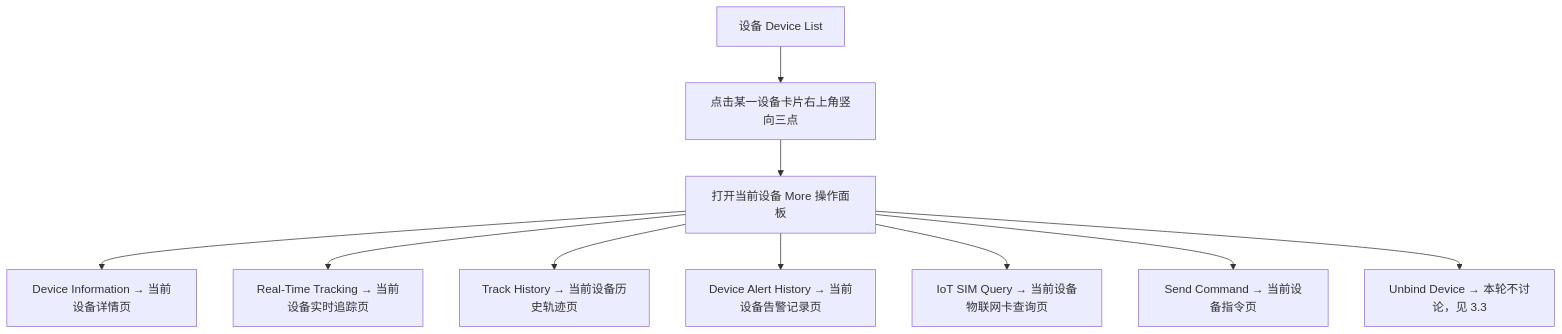
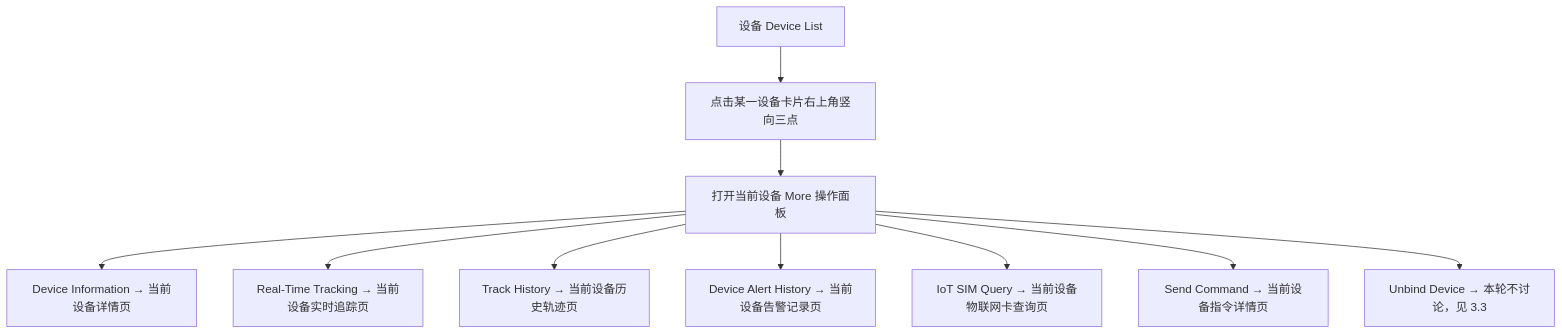
One commit to CuMgNa/skills changed the second of 16 diagrams in docs/manuals/革泰/逻辑大纲/革泰 APP 设备管理逻辑点梳理 plan.md. Above: the diagram before and after it, drawn with Mermaid. The commit also changed other lines of this file and 179 other files, not shown here.

````diff
--- a/docs/manuals/革泰/逻辑大纲/革泰 APP 设备管理逻辑点梳理 plan.md
+++ b/docs/manuals/革泰/逻辑大纲/革泰 APP 设备管理逻辑点梳理 plan.md
@@ -207,12 +207,12 @@
 ```mermaid
 flowchart TD
     A["设备 Device List"] --> B["点击某一设备卡片右上角竖向三点"]
     B --> C["打开当前设备 More 操作面板"]
     C --> D["Device Information → 当前设备详情页"]
     C --> E["Real-Time Tracking → 当前设备实时追踪页"]
     C --> F["Track History → 当前设备历史轨迹页"]
     C --> G["Device Alert History → 当前设备告警记录页"]
     C --> H["IoT SIM Query → 当前设备物联网卡查询页"]
-    C --> I["Send Command → 当前设备指令页"]
+    C --> I["Send Command → 当前设备指令详情页"]
     C --> J["Unbind Device → 本轮不讨论，见 3.3"]
 ```
````
